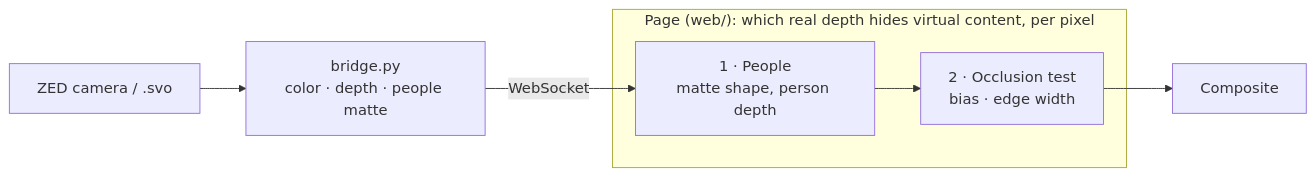
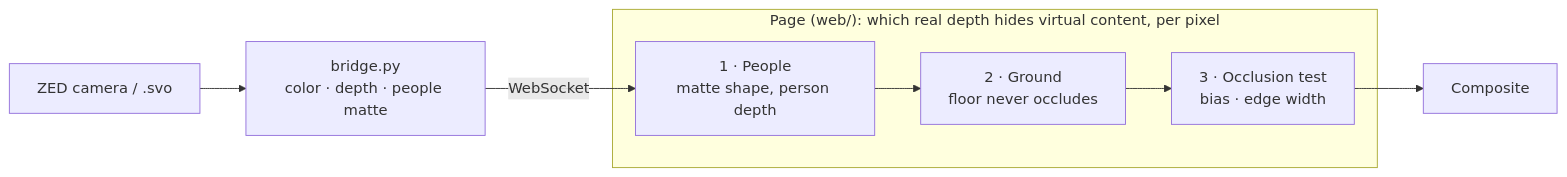
One commit to TheoGil/zed-threejs-prototype changed the diagram in README.md. Above: the diagram before and after it, drawn with Mermaid. The commit also changed other lines of this file and 8 other files, not shown here.

First line of the commit message:
Bring back the Ground stage, and make the detected floor the ground

````diff
--- a/README.md
+++ b/README.md
@@ -9,9 +9,10 @@
 ```mermaid
 flowchart LR
   zed["ZED camera / .svo"] --> bridge["bridge.py<br/>color · depth · people matte"]
   bridge -- "WebSocket" --> people
   subgraph page["Page (web/): which real depth hides virtual content, per pixel"]
-    people["1 · People<br/>matte shape, person depth"] --> test["2 · Occlusion test<br/>bias · edge width"]
+    people["1 · People<br/>matte shape, person depth"] --> ground["2 · Ground<br/>floor never occludes"]
+    ground --> test["3 · Occlusion test<br/>bias · edge width"]
   end
   test --> out["Composite"]
 ```
````
